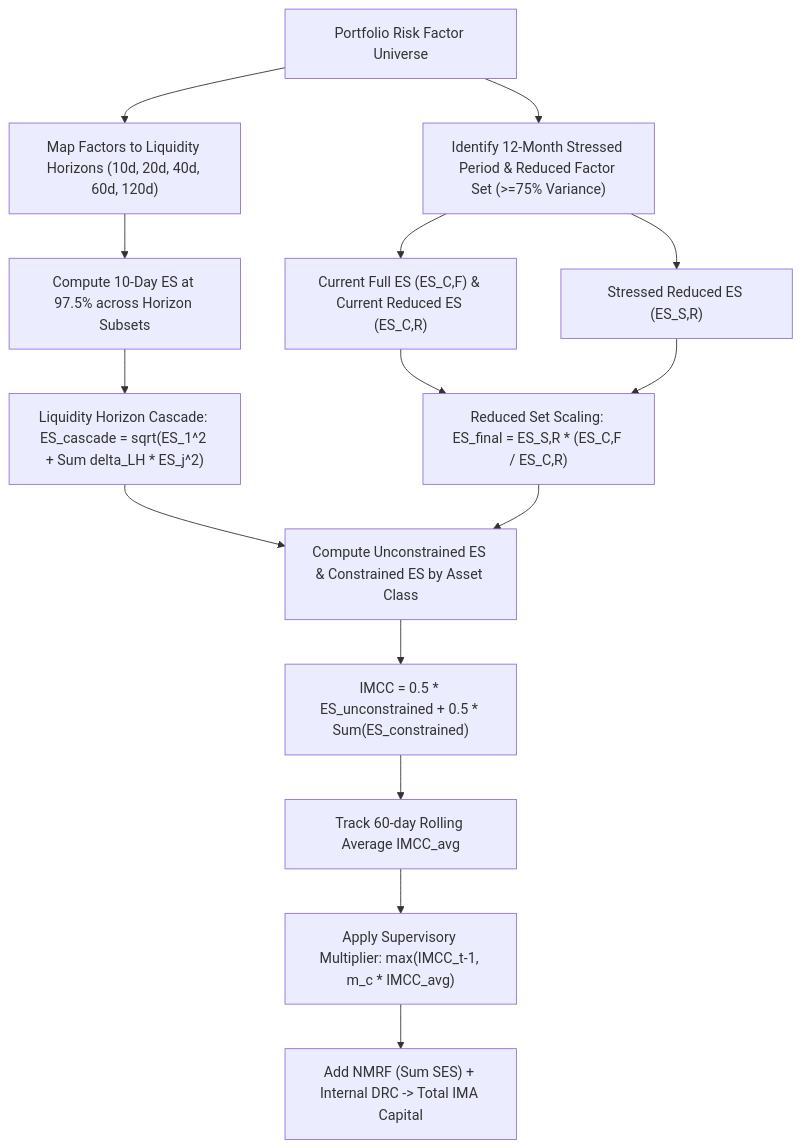
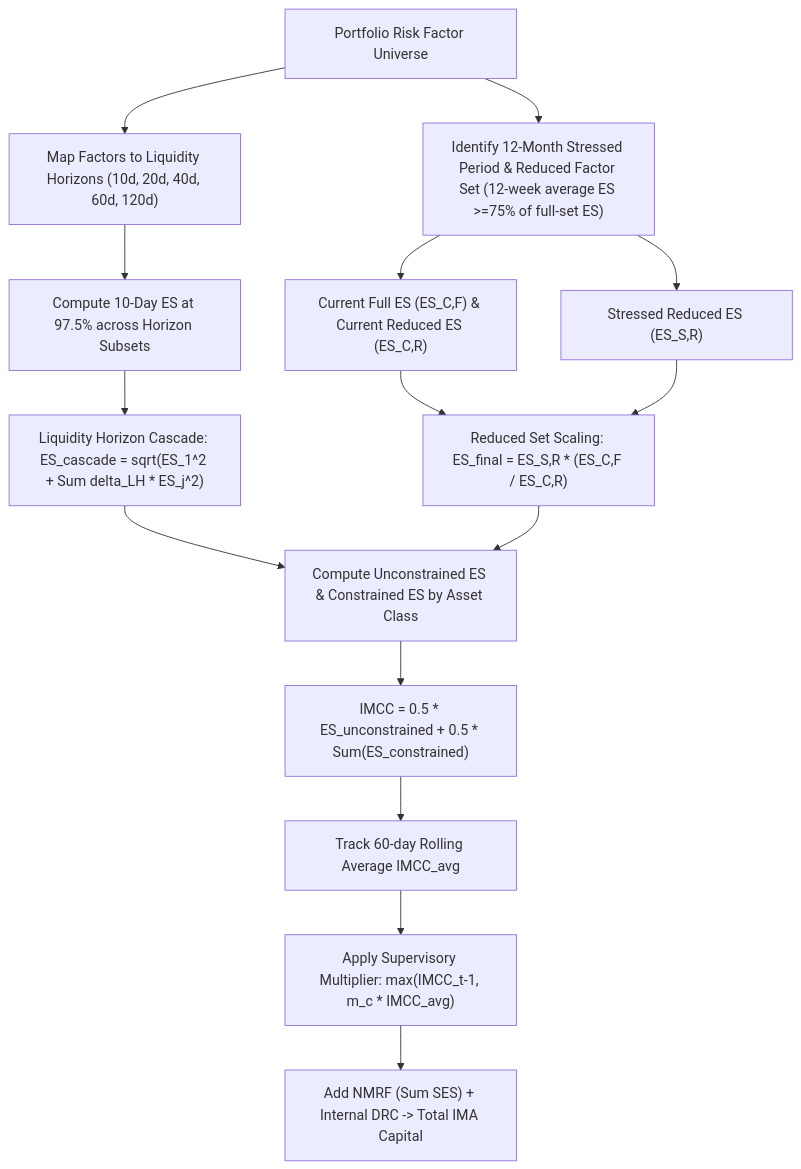
Before and after one commit to shreejitverma/The-Quant-Prep: the diagram in 17-Regulatory-Capital-Basel-and-FRTB/10-FRTB-Internal-Model-Approach-ES.md, drawn with Mermaid. The commit also changed other lines of this file and 2 other files, not shown here.

Commit message:
no-mistakes(review): Correct Spearman ties and FRTB reduced-set criteria

````diff
--- a/17-Regulatory-Capital-Basel-and-FRTB/10-FRTB-Internal-Model-Approach-ES.md
+++ b/17-Regulatory-Capital-Basel-and-FRTB/10-FRTB-Internal-Model-Approach-ES.md
@@ -145,19 +145,19 @@
 ```mermaid
 flowchart TD
     A["Portfolio Risk Factor Universe"] --> B["Map Factors to Liquidity Horizons (10d, 20d, 40d, 60d, 120d)"]
-    A --> C["Identify 12-Month Stressed Period & Reduced Factor Set (>=75% Variance)"]
+    A --> C["Identify 12-Month Stressed Period & Reduced Factor Set (12-week average ES >=75% of full-set ES)"]
     
     B --> D["Compute 10-Day ES at 97.5% across Horizon Subsets"]
     D --> E["Liquidity Horizon Cascade: ES_cascade = sqrt(ES_1^2 + Sum delta_LH * ES_j^2)"]
     
     C --> F["Current Full ES (ES_C,F) & Current Reduced ES (ES_C,R)"]
     C --> G["Stressed Reduced ES (ES_S,R)"]
     F & G --> H["Reduced Set Scaling: ES_final = ES_S,R * (ES_C,F / ES_C,R)"]
     
     E & H --> I["Compute Unconstrained ES & Constrained ES by Asset Class"]
     I --> J["IMCC = 0.5 * ES_unconstrained + 0.5 * Sum(ES_constrained)"]
     
     J --> K["Track 60-day Rolling Average IMCC_avg"]
     K --> L["Apply Supervisory Multiplier: max(IMCC_t-1, m_c * IMCC_avg)"]
     L --> M["Add NMRF (Sum SES) + Internal DRC -> Total IMA Capital"]
 ```
````
